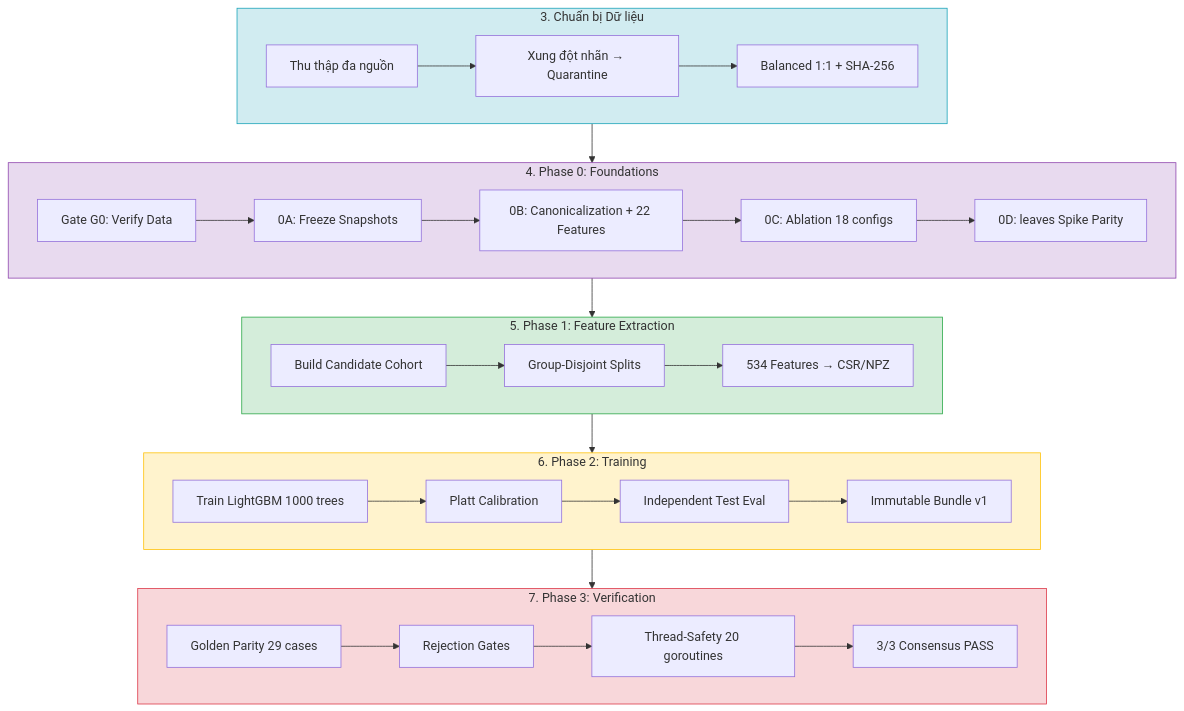
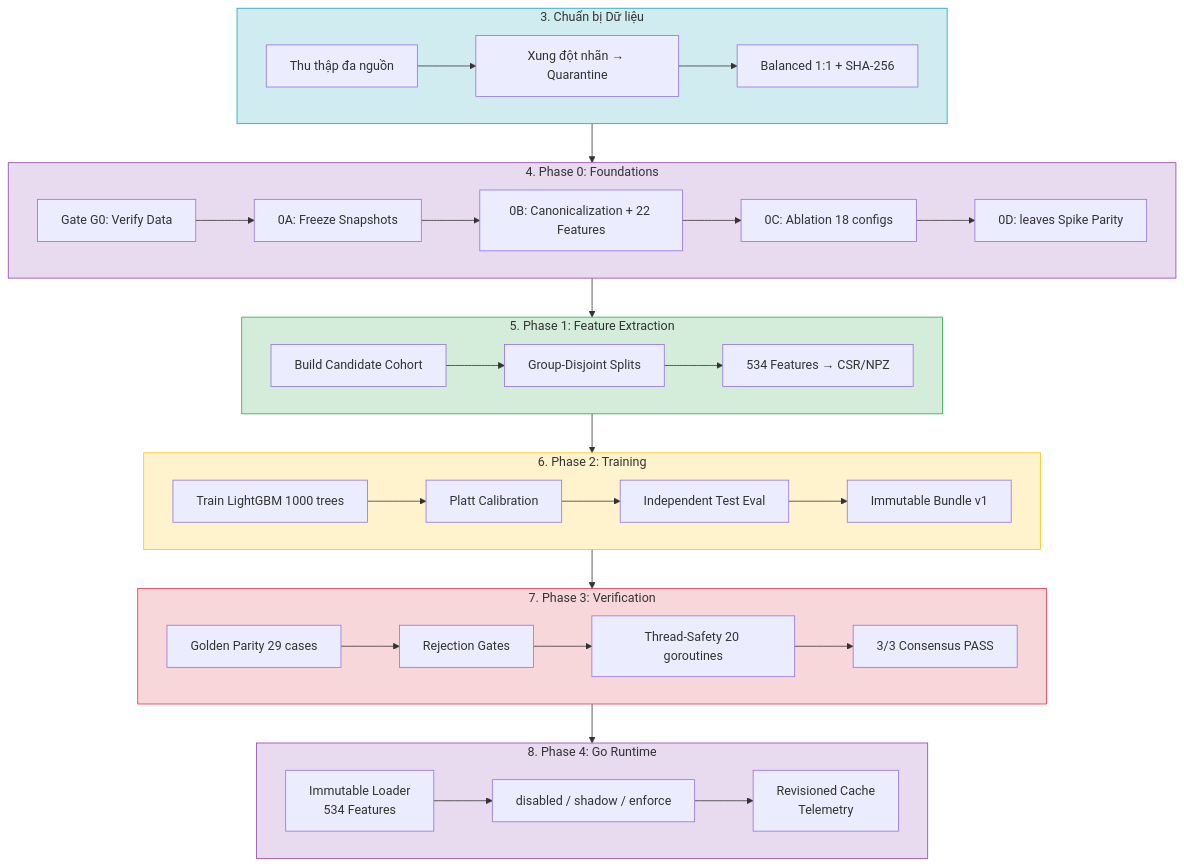
Before and after one commit to vmcchooky/safe-zone: the first of 2 diagrams in docs/research/ml/method.md, drawn with Mermaid. The commit also changed other lines of this file and 7 other files, not shown here.

Commit message:
docs(ml): document Phase 4 runtime integration

````diff
--- a/docs/research/ml/method.md
+++ b/docs/research/ml/method.md
@@ -14,39 +14,45 @@
 ```mermaid
 flowchart TB
     subgraph DP["3. Chuẩn bị Dữ liệu"]
         A1["Thu thập đa nguồn"] --> A2["Xung đột nhãn → Quarantine"]
         A2 --> A3["Balanced 1:1 + SHA-256"]
     end
 
     subgraph P0["4. Phase 0: Foundations"]
         B1["Gate G0: Verify Data"] --> B2["0A: Freeze Snapshots"]
         B2 --> B3["0B: Canonicalization + 22 Features"]
         B3 --> B4["0C: Ablation 18 configs"]
         B4 --> B5["0D: leaves Spike Parity"]
     end
 
     subgraph P1["5. Phase 1: Feature Extraction"]
         C1["Build Candidate Cohort"] --> C2["Group-Disjoint Splits"]
         C2 --> C3["534 Features → CSR/NPZ"]
     end
 
     subgraph P2["6. Phase 2: Training"]
         D1["Train LightGBM 1000 trees"] --> D2["Platt Calibration"]
         D2 --> D3["Independent Test Eval"]
         D3 --> D4["Immutable Bundle v1"]
     end
 
     subgraph P3["7. Phase 3: Verification"]
         E1["Golden Parity 29 cases"] --> E2["Rejection Gates"]
         E2 --> E3["Thread-Safety 20 goroutines"]
         E3 --> E4["3/3 Consensus PASS"]
     end
 
-    DP --> P0 --> P1 --> P2 --> P3
+    subgraph P4["8. Phase 4: Go Runtime"]
+        F1["Immutable Loader<br>534 Features"] --> F2["disabled / shadow / enforce"]
+        F2 --> F3["Revisioned Cache<br>Telemetry"]
+    end
+
+    DP --> P0 --> P1 --> P2 --> P3 --> P4
 
     style DP fill:#D1ECF1,stroke:#17A2B8
     style P0 fill:#E8DAEF,stroke:#8E44AD
     style P1 fill:#D4EDDA,stroke:#28A745
     style P2 fill:#FFF3CD,stroke:#FFC107
     style P3 fill:#F8D7DA,stroke:#DC3545
+    style P4 fill:#E8DAEF,stroke:#8E44AD
 ```
````
